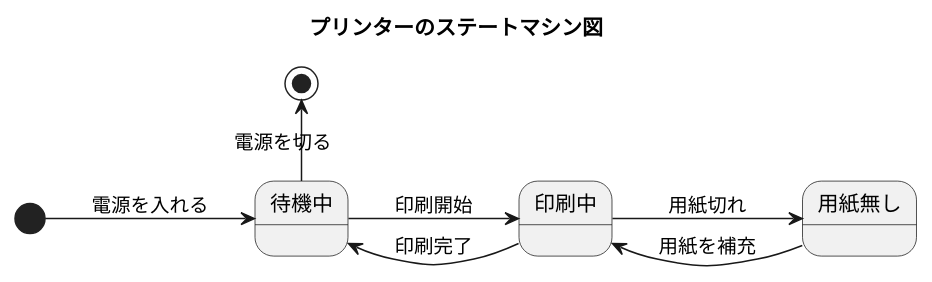
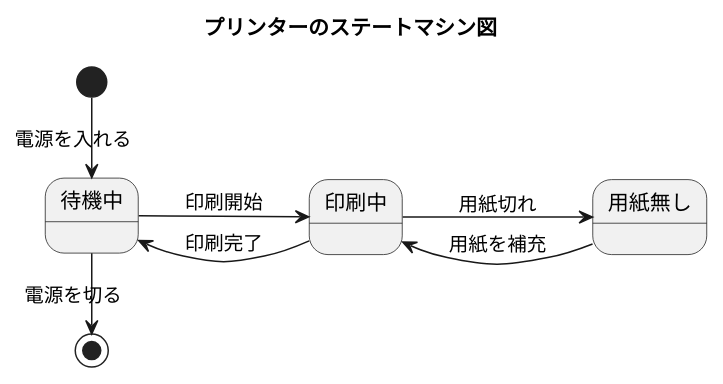
Before and after one commit to hatafukuryouya/UML_introduction: the diagram in 演習６/演習6-1_SD_プリンタ.pu, drawn with PlantUML. The commit also changed 1 other file, not shown here.

```diff
--- a/演習６/演習6-1_SD_プリンタ.pu
+++ b/演習６/演習6-1_SD_プリンタ.pu
@@ -1,15 +1,15 @@
 @startuml 6-1
 left to right direction
 title プリンターのステートマシン図
 
-[*] --> 待機中 : 電源を入れる
+[*] -right-> 待機中 : 電源を入れる
 
 待機中 --> 印刷中 : 印刷開始
 印刷中 --> 待機中 : 印刷完了
 印刷中 --> 用紙無し : 用紙切れ
 用紙無し --> 印刷中 : 用紙を補充
-[*] <-- 待機中 : 電源を切る
+[*] <-right- 待機中 : 電源を切る
 
 
 
 @enduml
```
